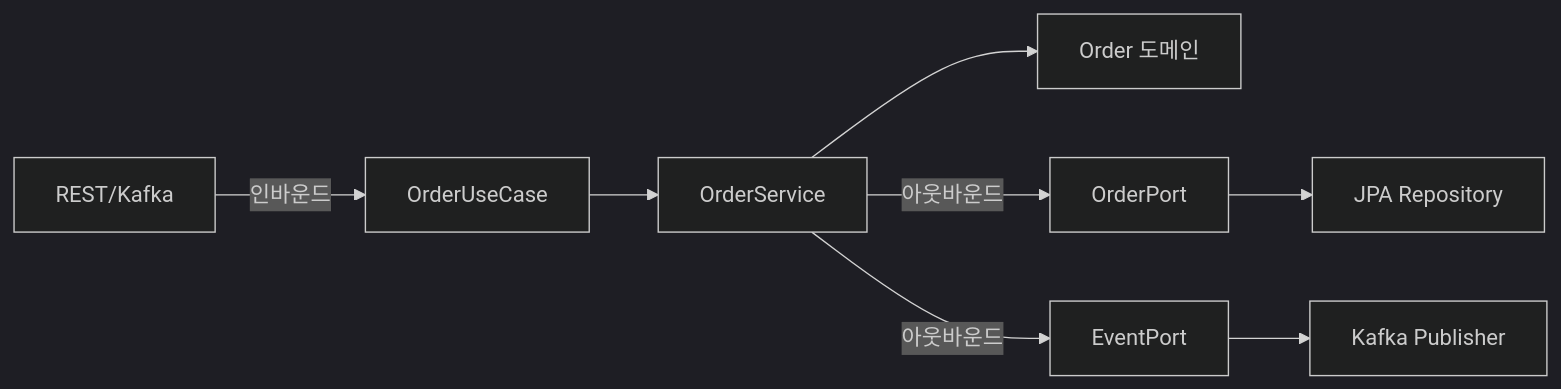
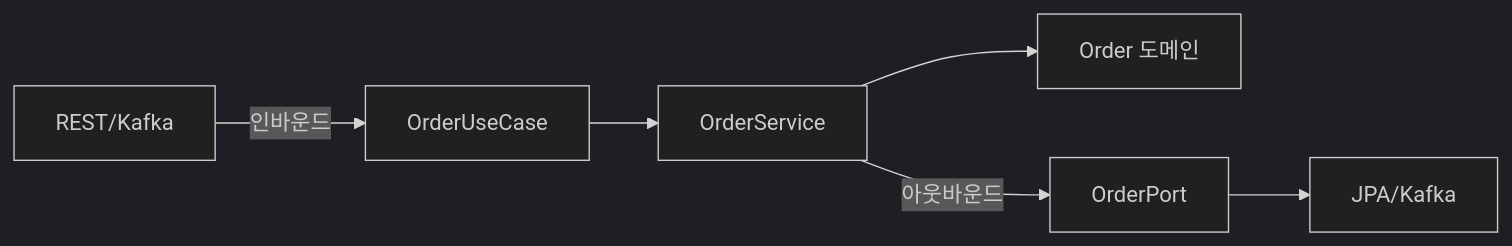
One commit to yjkim2015/yjkim2015.github.io changed the third of 3 diagrams in _posts/spring/2026-05-02-clean-spring-hexagonal.md. Above: the diagram before and after it, drawn with Mermaid (dark theme). The commit also changed other lines of this file and 163 other files, not shown here.

First line of the commit message:
Mermaid 300개 블록 내용 축소: 5노드 5엣지 이하, 의미 있는 약어

````diff
--- a/_posts/spring/2026-05-02-clean-spring-hexagonal.md
+++ b/_posts/spring/2026-05-02-clean-spring-hexagonal.md
@@ -211,10 +208,8 @@
 ```mermaid
 graph LR
-    A[REST/Kafka] -->|인바운드| E[OrderUseCase]
-    E --> G[OrderService]
-    G --> H[Order 도메인]
-    G -->|아웃바운드| J[OrderPort]
-    G -->|아웃바운드| L[EventPort]
-    J --> M[JPA Repository]
-    L --> O[Kafka Publisher]
+    A["REST/Kafka"] -->|인바운드| E["OrderUseCase"]
+    E --> G["OrderService"]
+    G --> H["Order 도메인"]
+    G -->|아웃바운드| J["OrderPort"]
+    J --> M["JPA/Kafka"]
 ```
````
